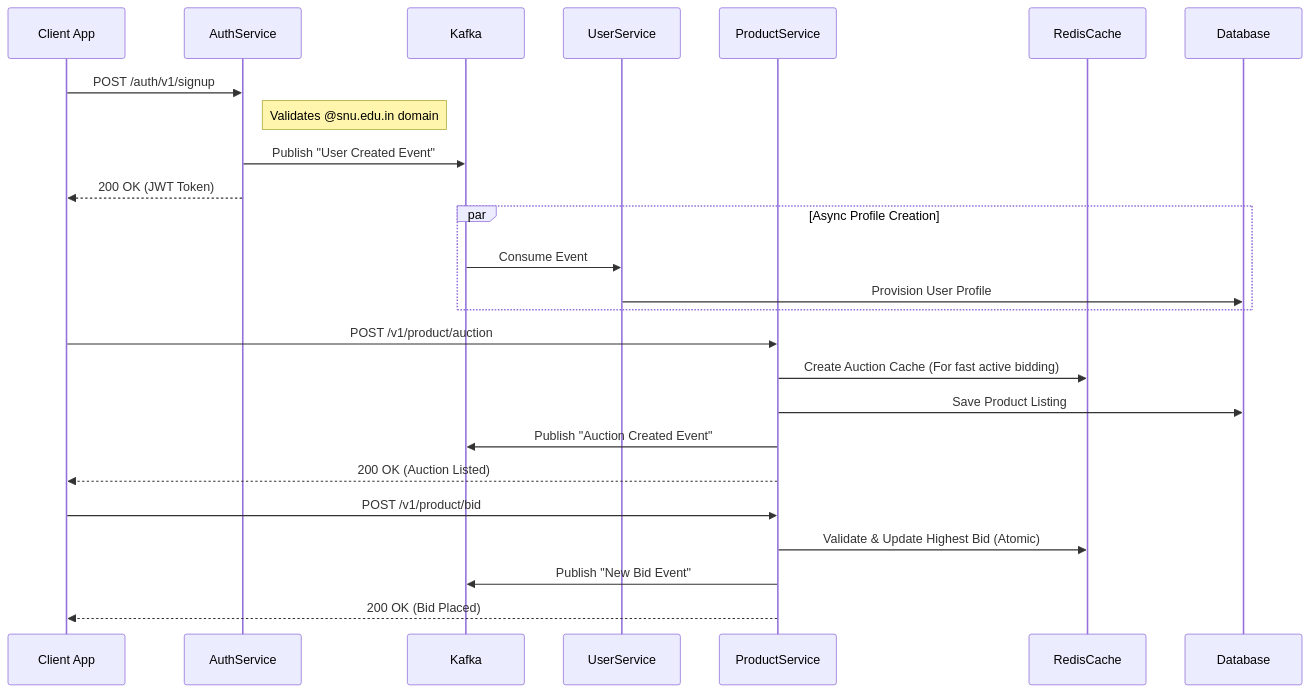
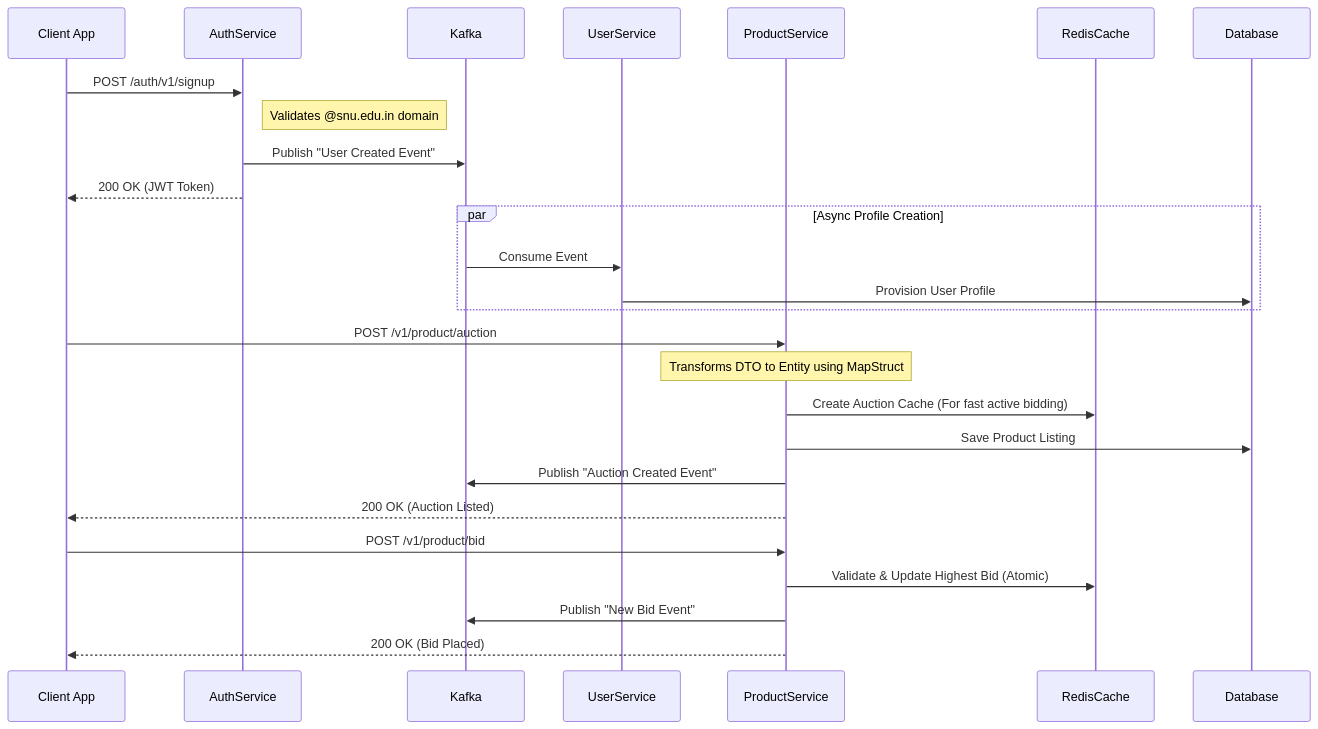
One commit to Arnav05-cyber/AuctionU changed the diagram in README.md. Above: the diagram before and after it, drawn with Mermaid.

Commit message:
docs: Update architecture diagram with MapStruct

````diff
--- a/README.md
+++ b/README.md
@@ -9,31 +9,32 @@
 ```mermaid
 sequenceDiagram
     participant App as Client App
     participant AuthService
     participant Kafka
     participant UserService
     participant ProductService
     participant RedisCache
     participant Database
 
     App->>AuthService: POST /auth/v1/signup 
     Note right of AuthService: Validates @snu.edu.in domain
     AuthService->>Kafka: Publish "User Created Event"
     AuthService-->>App: 200 OK (JWT Token)
 
     par Async Profile Creation
         Kafka->>UserService: Consume Event
         UserService->>Database: Provision User Profile
     end
 
     App->>ProductService: POST /v1/product/auction
+    Note over ProductService: Transforms DTO to Entity using MapStruct
     ProductService->>RedisCache: Create Auction Cache (For fast active bidding)
     ProductService->>Database: Save Product Listing
     ProductService->>Kafka: Publish "Auction Created Event"
     ProductService-->>App: 200 OK (Auction Listed)
 
     App->>ProductService: POST /v1/product/bid
     ProductService->>RedisCache: Validate & Update Highest Bid (Atomic)
     ProductService->>Kafka: Publish "New Bid Event"
     ProductService-->>App: 200 OK (Bid Placed)
 ```
````
